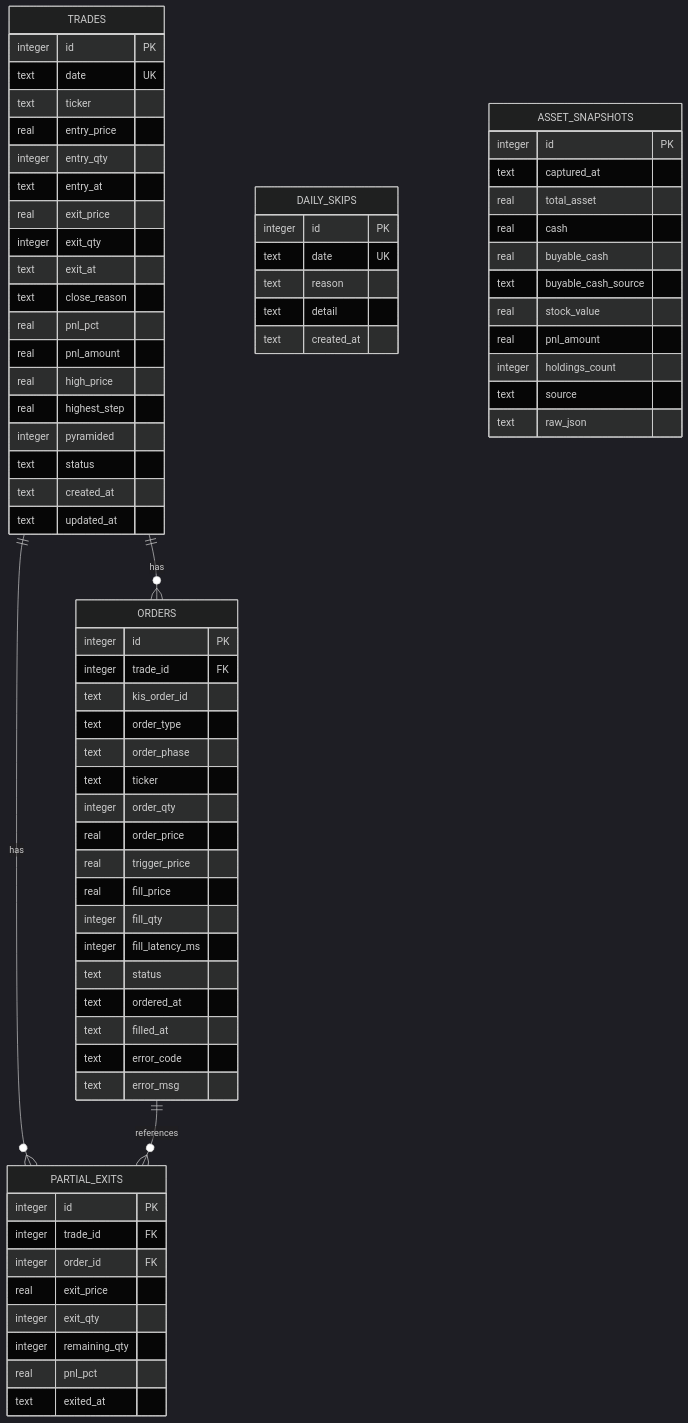
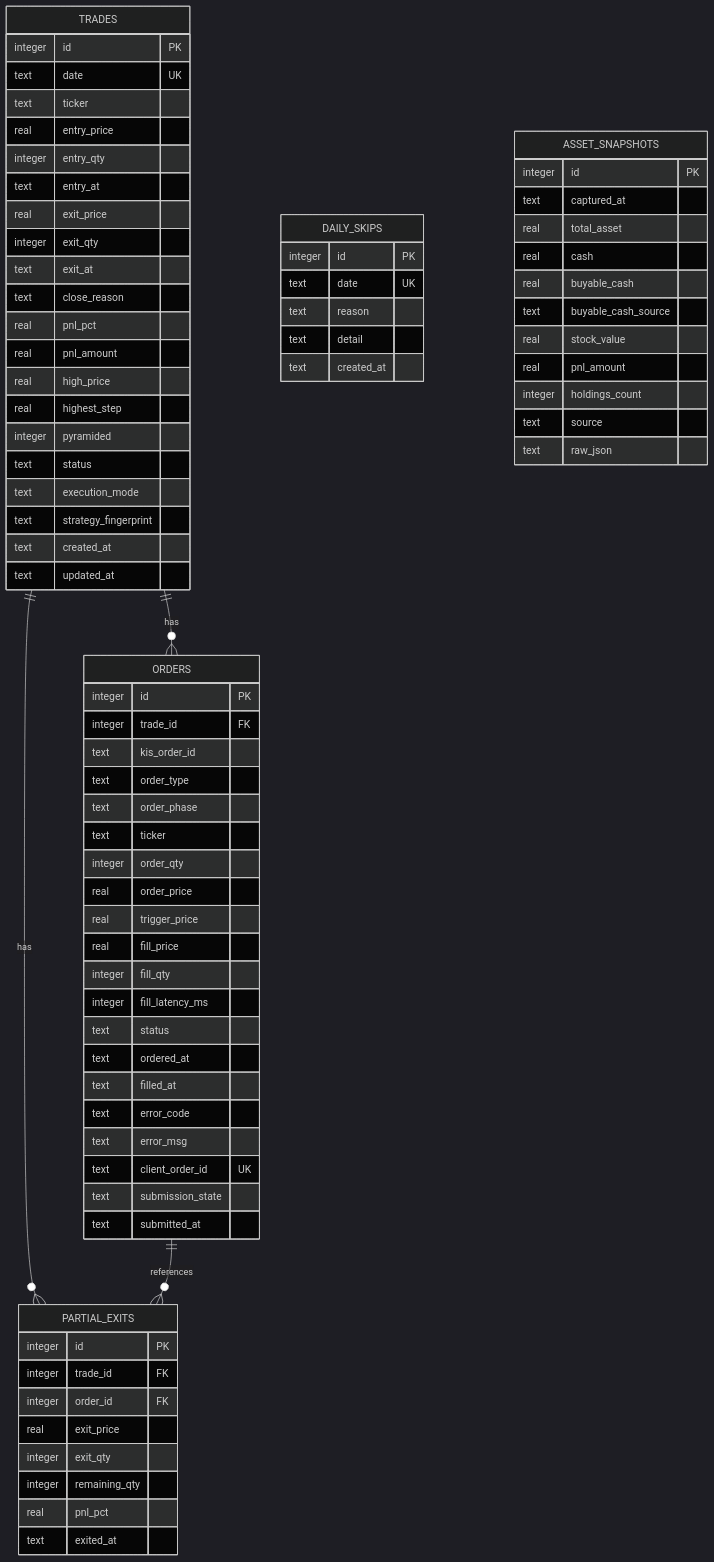
Before and after one commit to hcpark74/stock: the diagram in docs/DB_DESIGN.md, drawn with Mermaid (dark theme). The commit also changed other lines of this file and 38 other files, not shown here.

```diff
--- a/docs/DB_DESIGN.md
+++ b/docs/DB_DESIGN.md
@@ -55,6 +55,8 @@
         real highest_step
         integer pyramided
         text status
+        text execution_mode
+        text strategy_fingerprint
         text created_at
         text updated_at
     }
@@ -77,6 +79,9 @@
         text filled_at
         text error_code
         text error_msg
+        text client_order_id UK
+        text submission_state
+        text submitted_at
     }
 
     PARTIAL_EXITS {
```
